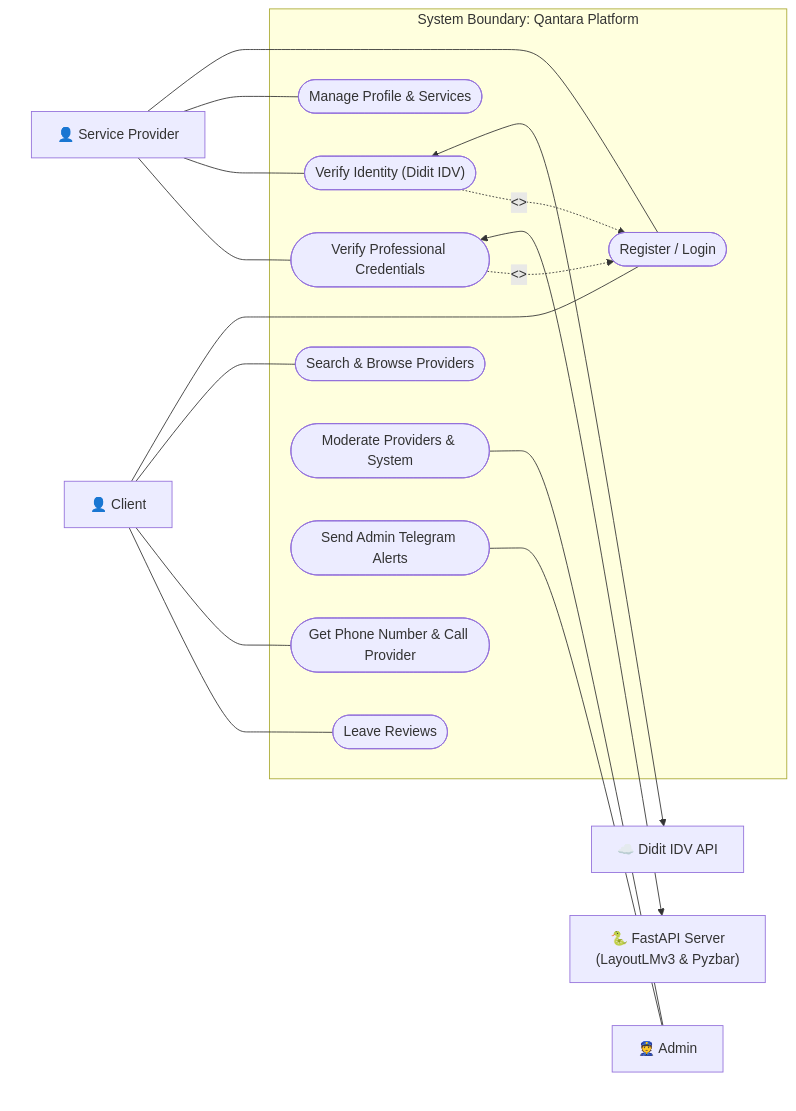
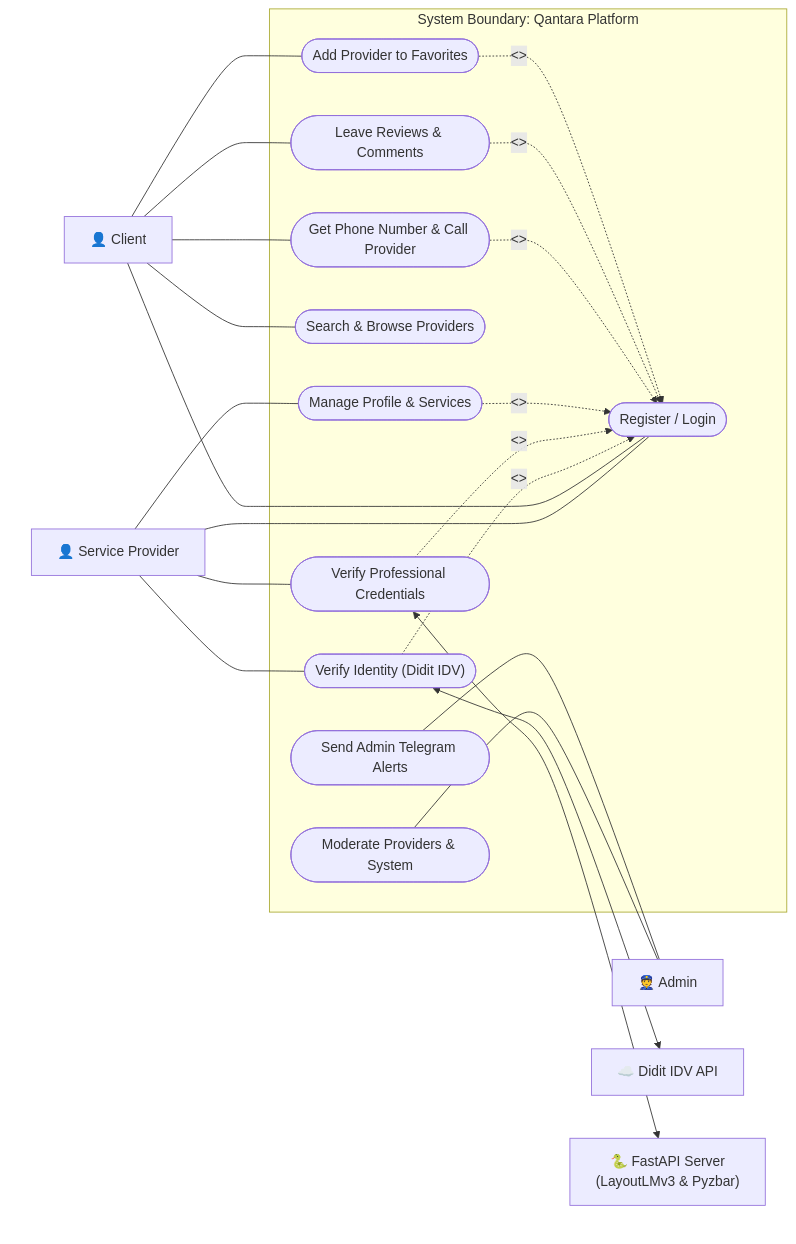
One commit to younnesse/qantara_local changed the first of 5 diagrams in uml_diagrams.md. Above: the diagram before and after it, drawn with Mermaid.

Commit message:
docs: update use case diagram to show client auth requirements

````diff
--- a/uml_diagrams.md
+++ b/uml_diagrams.md
@@ -11,53 +11,59 @@
 ```mermaid
 flowchart LR
     %% Actors on the Left
     subgraph LeftActors [" "]
         style LeftActors fill:none,stroke:none
         Provider["👤 Service Provider"]
         Client["👤 Client"]
     end
 
     %% Actors on the Right
     subgraph RightActors [" "]
         style RightActors fill:none,stroke:none
         Admin["👮 Admin"]
         DiditAPI["☁️ Didit IDV API"]
         FastAPIServer["🐍 FastAPI Server<br>(LayoutLMv3 & Pyzbar)"]
     end
 
     %% System Boundary
     subgraph SystemBoundary ["System Boundary: Qantara Platform"]
         UC_Reg(["Register / Login"])
         UC_Profile(["Manage Profile & Services"])
         UC_Identity(["Verify Identity (Didit IDV)"])
         UC_Professional(["Verify Professional Credentials"])
         UC_Search(["Search & Browse Providers"])
         UC_Call(["Get Phone Number & Call Provider"])
-        UC_Review(["Leave Reviews"])
+        UC_Review(["Leave Reviews & Comments"])
+        UC_Favorite(["Add Provider to Favorites"])
         UC_Manage(["Moderate Providers & System"])
         UC_Telegram(["Send Admin Telegram Alerts"])
     end
 
     %% Connections (Left Actors)
     Provider --- UC_Reg
     Provider --- UC_Profile
     Provider --- UC_Identity
     Provider --- UC_Professional
 
     Client --- UC_Reg
     Client --- UC_Search
     Client --- UC_Call
     Client --- UC_Review
+    Client --- UC_Favorite
 
     %% Connections (Right Actors)
     UC_Manage --- Admin
     UC_Telegram --- Admin
 
     %% External System Connections
     UC_Identity <--> DiditAPI
     UC_Professional <--> FastAPIServer
 
     %% Use Case Relationships
     UC_Identity -.->|"<<include>>"| UC_Reg
     UC_Professional -.->|"<<include>>"| UC_Reg
+    UC_Profile -.->|"<<include>>"| UC_Reg
+    UC_Call -.->|"<<include>>"| UC_Reg
+    UC_Review -.->|"<<include>>"| UC_Reg
+    UC_Favorite -.->|"<<include>>"| UC_Reg
 ```
````
